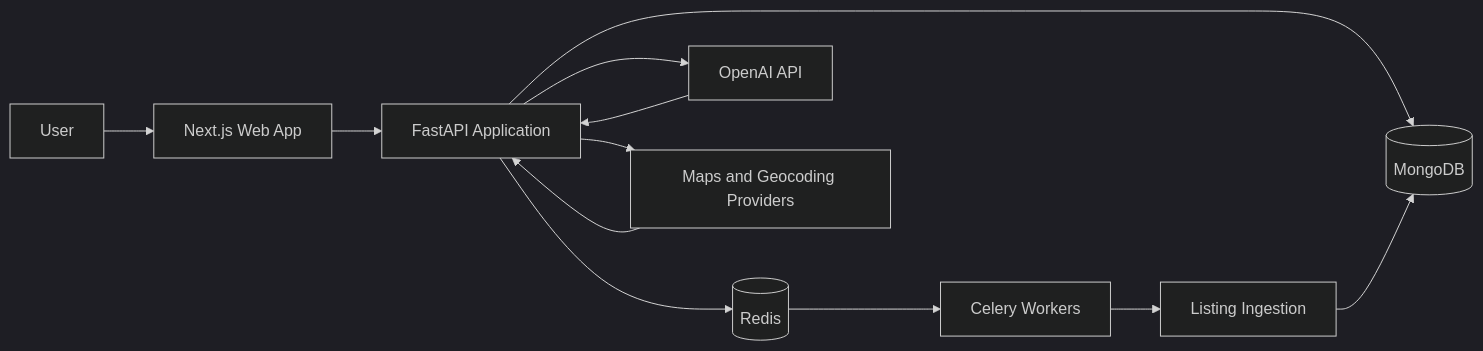
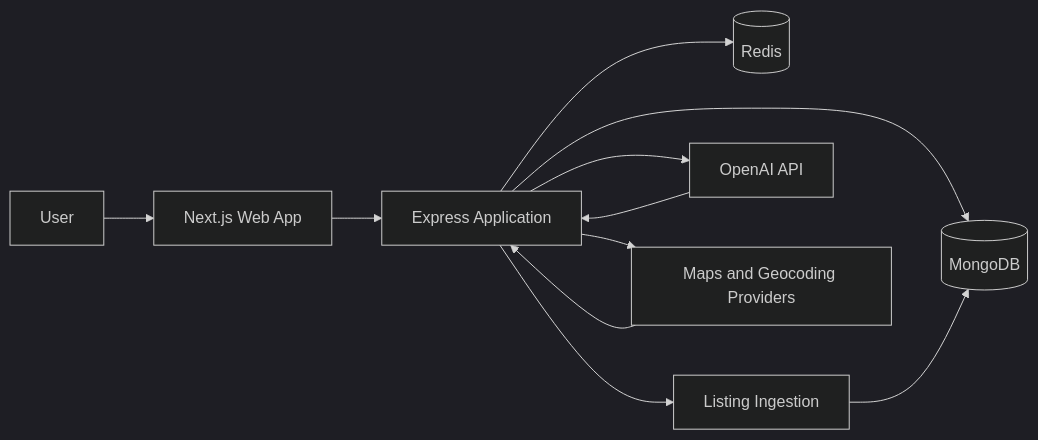
Before and after one commit to dedipya001/AI-Relocation-Assistant: the diagram in README.md, drawn with Mermaid (dark theme). The commit also changed other lines of this file and 100 other files, not shown here.

````diff
--- a/README.md
+++ b/README.md
@@ -34,14 +34,13 @@
 ```mermaid
 flowchart LR
     U[User] --> N[Next.js Web App]
-    N --> A[FastAPI Application]
+    N --> A[Express Application]
     A --> M[(MongoDB)]
     A --> R[(Redis)]
-    R --> C[Celery Workers]
-    C --> P[Listing Ingestion]
+    A --> P[Listing Ingestion]
     A --> O[OpenAI API]
     A --> G[Maps and Geocoding Providers]
     P --> M
     O --> A
     G --> A
 ```
````
